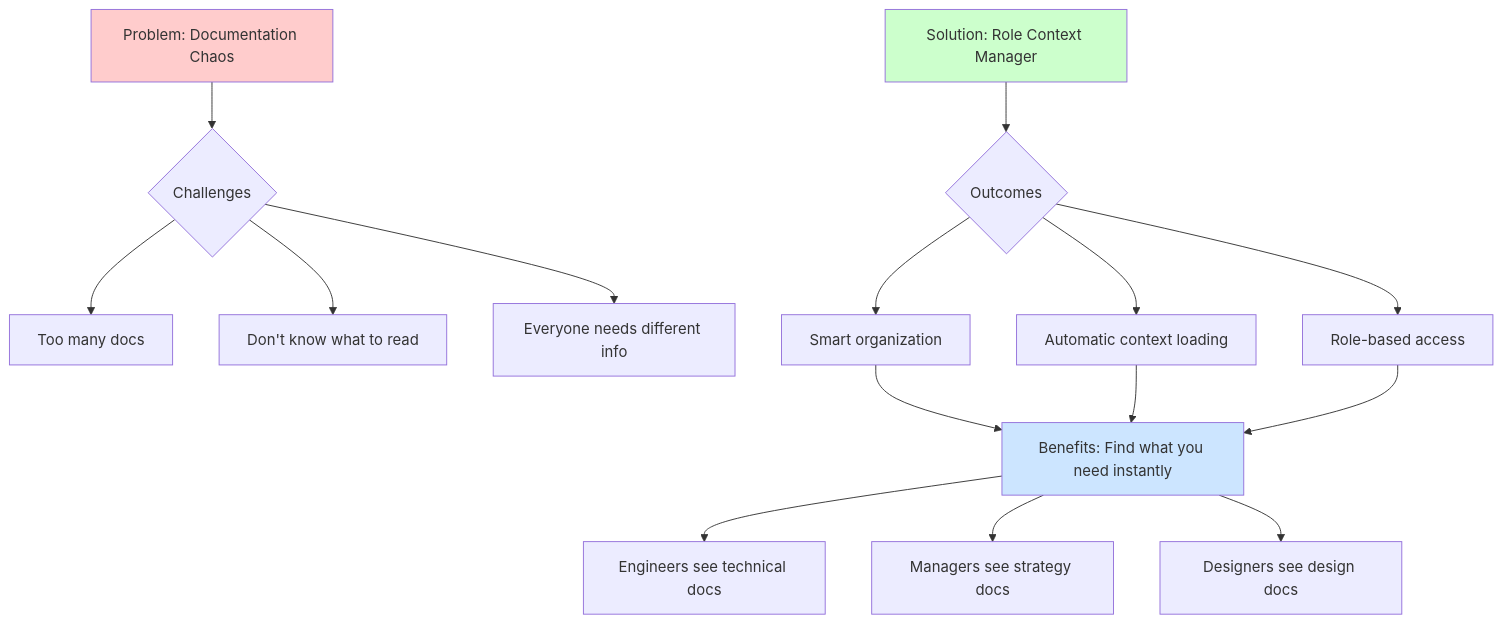
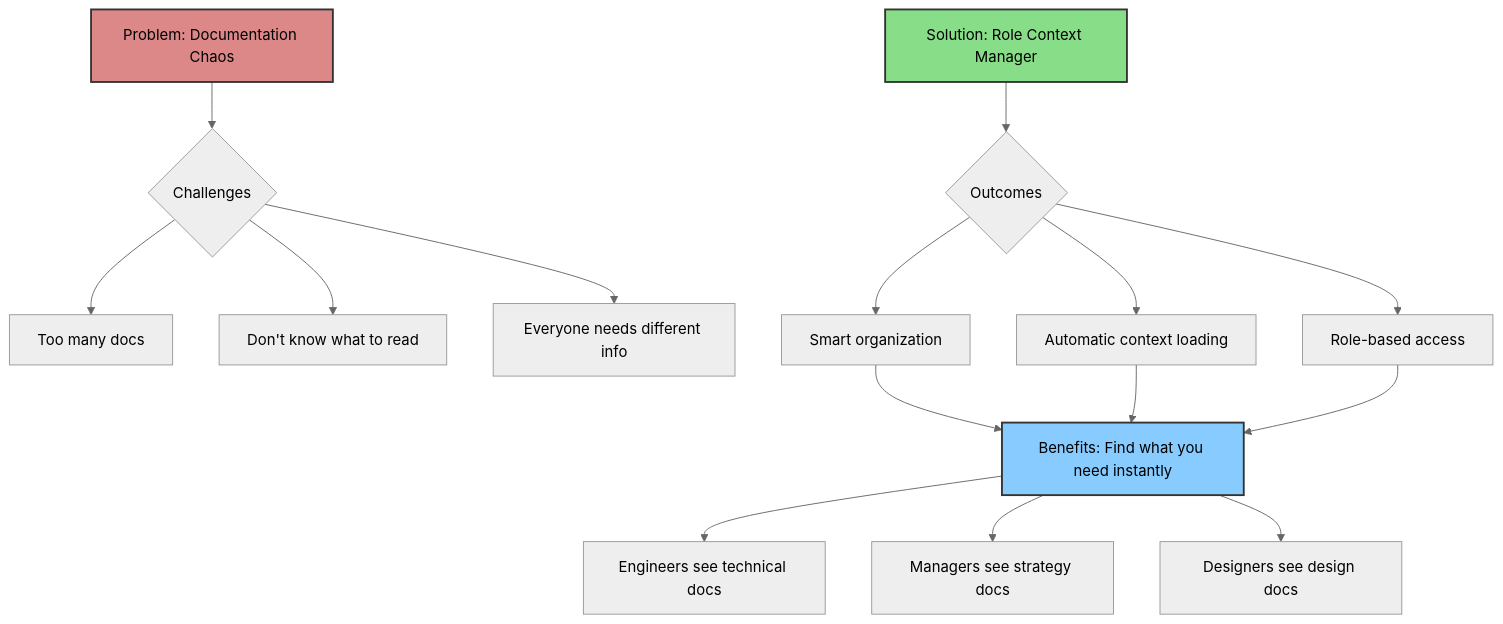
Before and after one commit to WAdamBrooksFS/role-context-manager-marketplace: the first of 10 diagrams in PLUGIN-VISUAL-GUIDE.md, drawn with Mermaid. The commit also changed other lines of this file, not shown here.

First line of the commit message:
fix: Improve Mermaid diagram visibility in dark theme

````diff
--- a/PLUGIN-VISUAL-GUIDE.md
+++ b/PLUGIN-VISUAL-GUIDE.md
@@ -20,24 +20,25 @@
 ```mermaid
+%%{init: {'theme':'neutral'}}%%
 graph TD
     A[Problem: Documentation Chaos] --> B{Challenges}
     B --> C[Too many docs]
     B --> D[Don't know what to read]
     B --> E[Everyone needs different info]
 
     F[Solution: Role Context Manager] --> G{Outcomes}
     G --> H[Smart organization]
     G --> I[Automatic context loading]
     G --> J[Role-based access]
 
     H --> K[Benefits: Find what you need instantly]
     I --> K
     J --> K
 
     K --> L[Engineers see technical docs]
     K --> M[Managers see strategy docs]
     K --> N[Designers see design docs]
 
-    style A fill:#ffcccc
-    style F fill:#ccffcc
-    style K fill:#cce5ff
+    style A fill:#d88,stroke:#333,stroke-width:2px,color:#000
+    style F fill:#8d8,stroke:#333,stroke-width:2px,color:#000
+    style K fill:#8cf,stroke:#333,stroke-width:2px,color:#000
 ```
````
